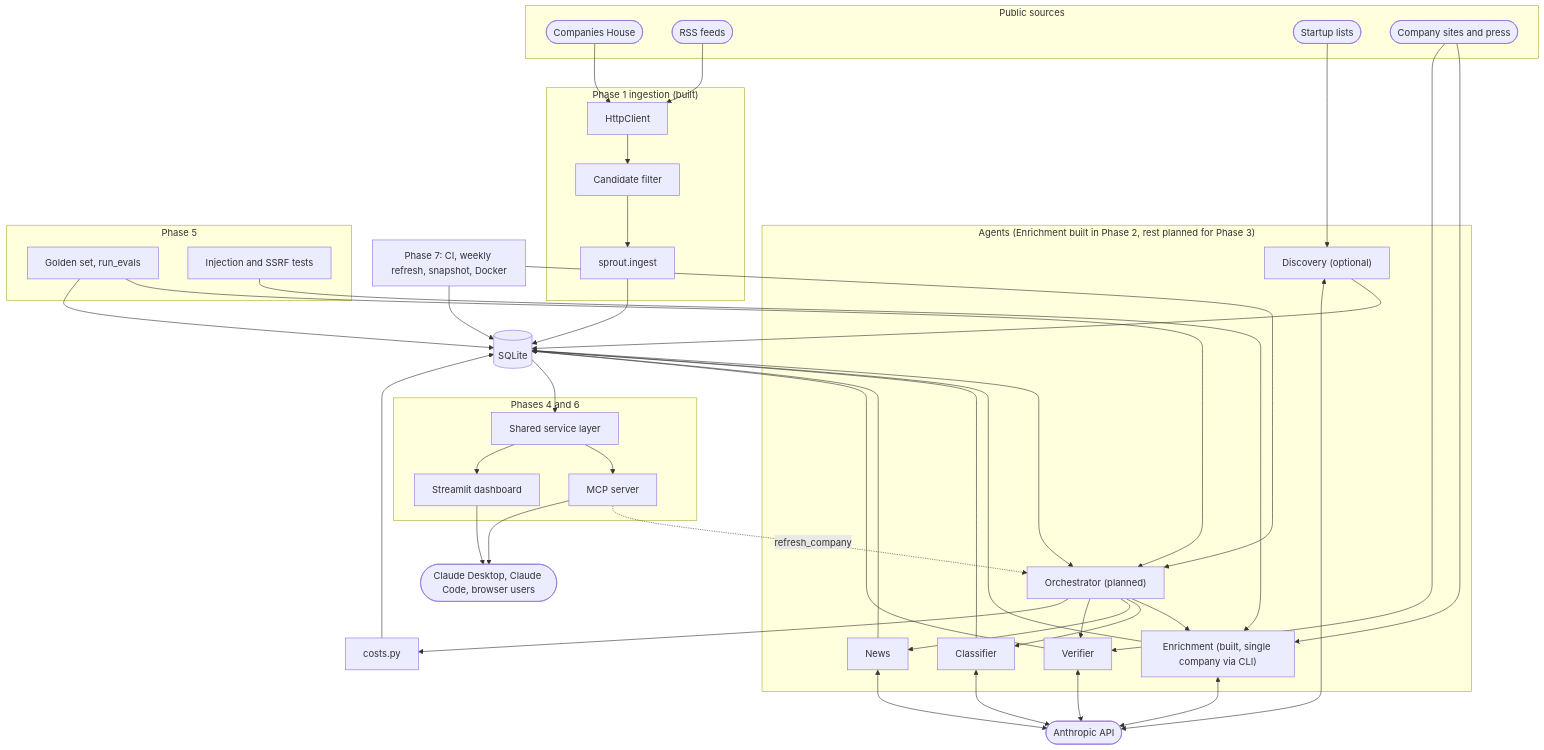
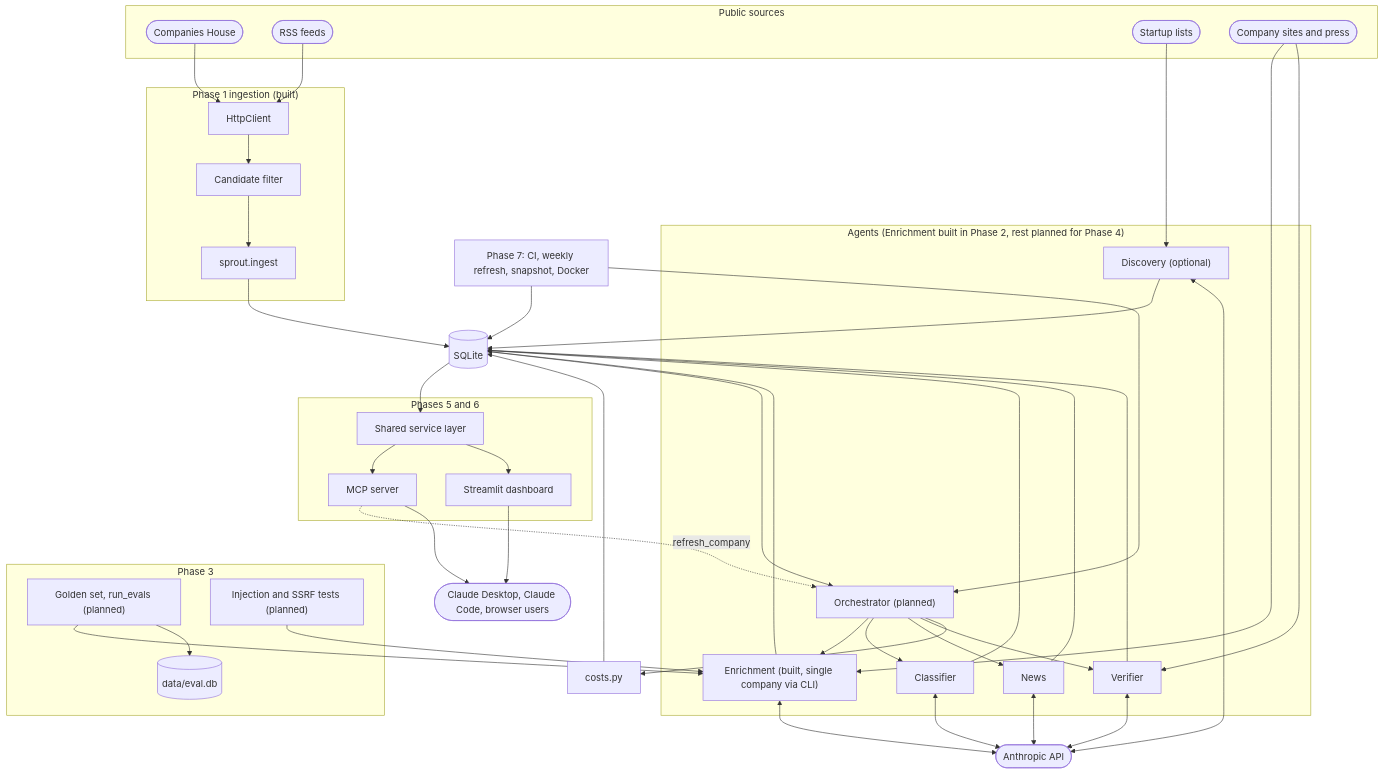
The ninth of 12 diagrams in docs/architecture.md (Farzaanee/sprout), drawn with Mermaid before and after one commit. The commit also changed other lines of this file and 1 other file, not shown here.

Commit message:
update architecture.md for phase 3 - Evals & guardrails

````diff
--- a/docs/architecture.md
+++ b/docs/architecture.md
@@ -326,72 +360,73 @@
 ```mermaid
 flowchart TB
     subgraph SOURCES["Public sources"]
         CH(["Companies House"])
         RSSF(["RSS feeds"])
         LISTS(["Startup lists"])
         SITES(["Company sites and press"])
     end
     subgraph ING["Phase 1 ingestion (built)"]
         HTTPL["HttpClient"]
         CAND["Candidate filter"]
         INGEST["sprout.ingest"]
     end
     SQL[("SQLite")]
-    subgraph PIPE["Agents (Enrichment built in Phase 2, rest planned for Phase 3)"]
+    subgraph PIPE["Agents (Enrichment built in Phase 2, rest planned for Phase 4)"]
         ORCH["Orchestrator (planned)"]
         ENR["Enrichment (built, single company via CLI)"]
         CLS["Classifier"]
         NEWS["News"]
         VER["Verifier"]
         DISC["Discovery (optional)"]
     end
     LLM(["Anthropic API"])
     COST["costs.py"]
-    subgraph SERVE["Phases 4 and 6"]
+    subgraph SERVE["Phases 5 and 6"]
         SVC["Shared service layer"]
         MCP["MCP server"]
         DASH["Streamlit dashboard"]
     end
-    subgraph QA["Phase 5"]
-        EVALS["Golden set, run_evals"]
-        GUARDS["Injection and SSRF tests"]
+    subgraph QA["Phase 3"]
+        EVALS["Golden set, run_evals (planned)"]
+        EDB[("data/eval.db")]
+        GUARDS["Injection and SSRF tests (planned)"]
     end
     CLIENTS(["Claude Desktop, Claude Code, browser users"])
     AUTO["Phase 7: CI, weekly refresh, snapshot, Docker"]
     CH --> HTTPL
     RSSF --> HTTPL
     HTTPL --> CAND
     CAND --> INGEST
     INGEST --> SQL
     SQL --> ORCH
     ORCH --> ENR
     ORCH --> CLS
     ORCH --> NEWS
     ORCH --> VER
     DISC --> SQL
     LISTS --> DISC
     SITES --> ENR
     SITES --> VER
     ENR <--> LLM
     CLS <--> LLM
     NEWS <--> LLM
     VER <--> LLM
     DISC <--> LLM
     ENR --> SQL
     CLS --> SQL
     NEWS --> SQL
     VER --> SQL
     ORCH --> COST
     COST --> SQL
     SQL --> SVC
     SVC --> MCP
     SVC --> DASH
     MCP -. "refresh_company" .-> ORCH
     MCP --> CLIENTS
     DASH --> CLIENTS
-    EVALS --> ORCH
-    EVALS --> SQL
+    EVALS --> ENR
+    EVALS --> EDB
     GUARDS --> ENR
     AUTO --> ORCH
     AUTO --> SQL
 ```
````
